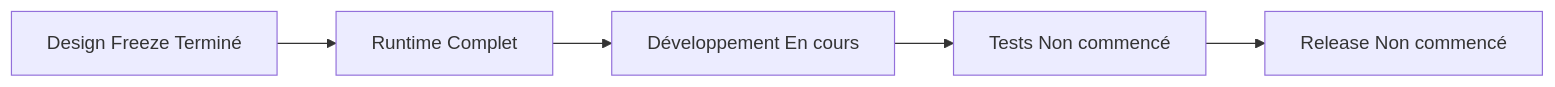
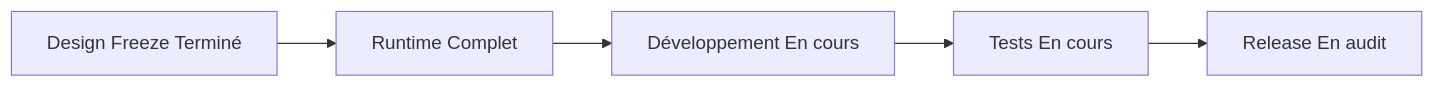
Before and after one commit to JavaChrist/Tai-Chi-AI-Coach: the first of 5 diagrams in docs/runtime/00_PROJECT_STATUS.md, drawn with Mermaid. The commit also changed other lines of this file and 14 other files, not shown here.

````diff
--- a/docs/runtime/00_PROJECT_STATUS.md
+++ b/docs/runtime/00_PROJECT_STATUS.md
@@ -251,12 +258,12 @@
 ```mermaid
 flowchart LR
   DF[Design Freeze Terminé]
   RT[Runtime Complet]
   DEV[Développement En cours]
-  TEST[Tests Non commencé]
-  REL[Release Non commencé]
+  TEST[Tests En cours]
+  REL[Release En audit]
   DF --> RT
   RT --> DEV
   DEV --> TEST
   TEST --> REL
 ```
````
